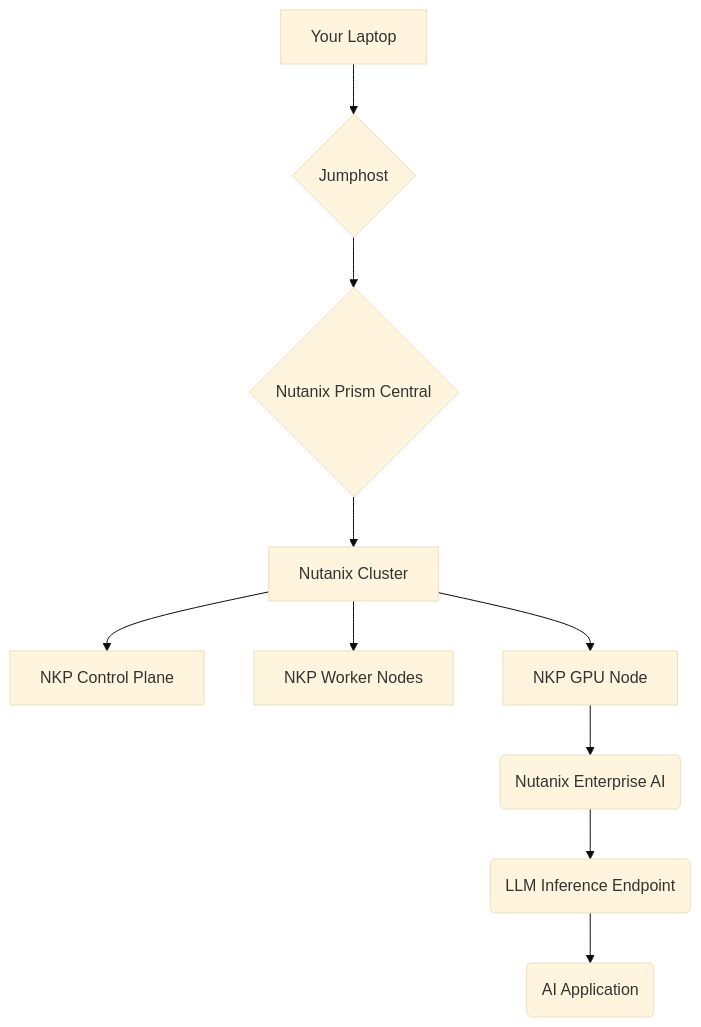
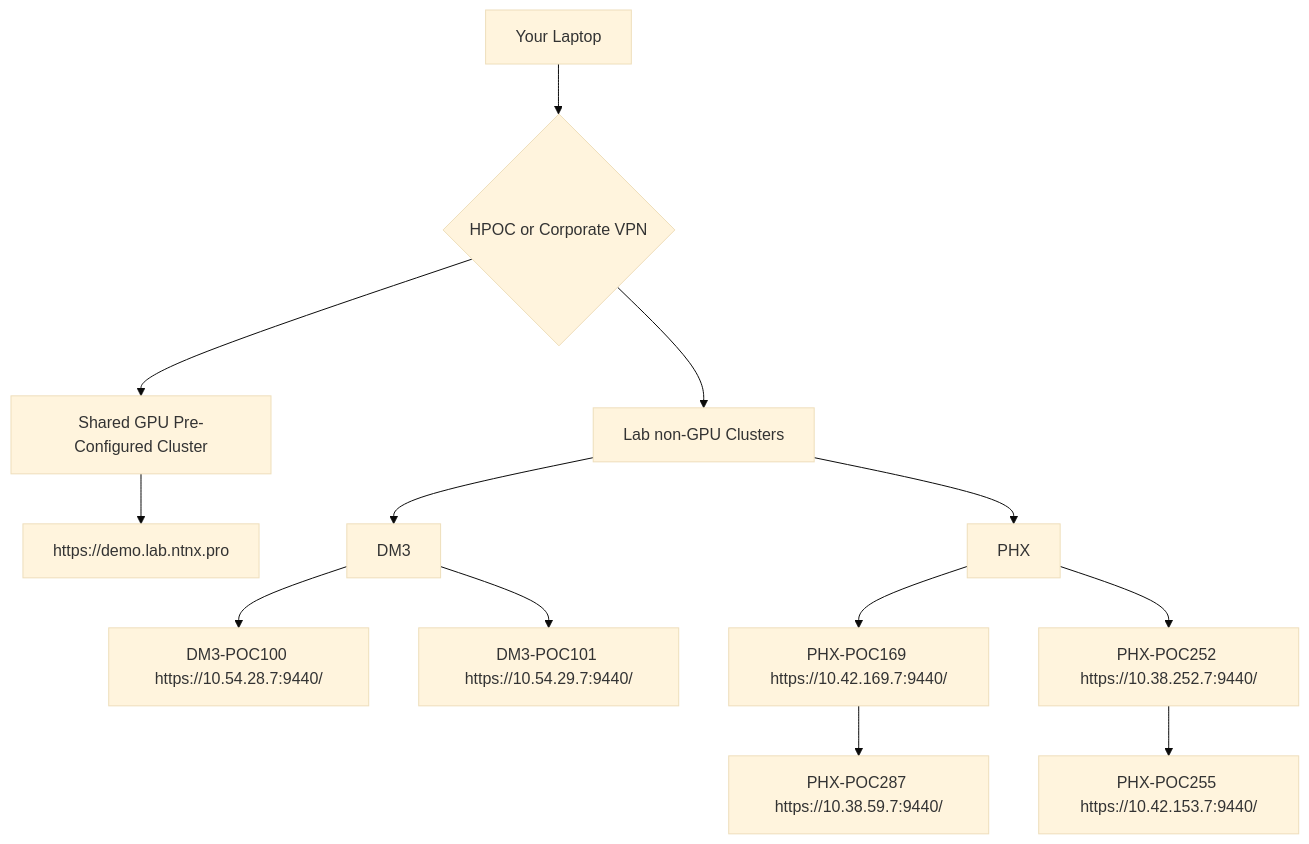
Before and after one commit to halsayed/se-workshop: the diagram in docs/overview/lab-environment.md, drawn with Mermaid (base theme). The commit also changed other lines of this file and 5 other files, not shown here.

````diff
--- a/docs/overview/lab-environment.md
+++ b/docs/overview/lab-environment.md
@@ -20,12 +13,15 @@
 ```mermaid
 graph TD
-    A[Your Laptop] --> B{Jumphost};
-    B --> C{Nutanix Prism Central};
-    C --> D[Nutanix Cluster];
-    D --> E[NKP Control Plane];
-    D --> F[NKP Worker Nodes];
-    D --> G[NKP GPU Node];
-    G --> H(Nutanix Enterprise AI);
-    H --> I(LLM Inference Endpoint);
-    I --> J(AI Application);
+    A[Your Laptop] --> B{HPOC or Corporate VPN};
+    B --> C[Shared GPU Pre-Configured Cluster];
+    B --> D[Lab non-GPU Clusters];
+    C --> F[https://demo.lab.ntnx.pro]
+    D --> G[DM3]
+    G --> H[DM3-POC100 https://10.54.28.7:9440/]
+    G --> I[DM3-POC101 https://10.54.29.7:9440/]
+    D --> J[PHX]
+    J --> K[PHX-POC169 https://10.42.169.7:9440/]
+    K --> L[PHX-POC287 https://10.38.59.7:9440/]
+    J --> M[PHX-POC252 https://10.38.252.7:9440/]
+    M --> N[PHX-POC255 https://10.42.153.7:9440/]
 ```
````
